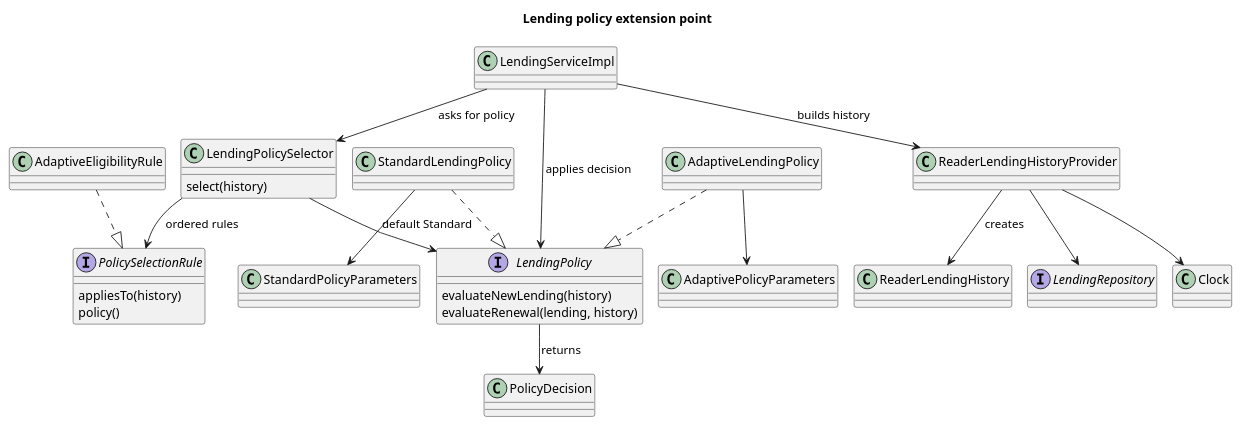
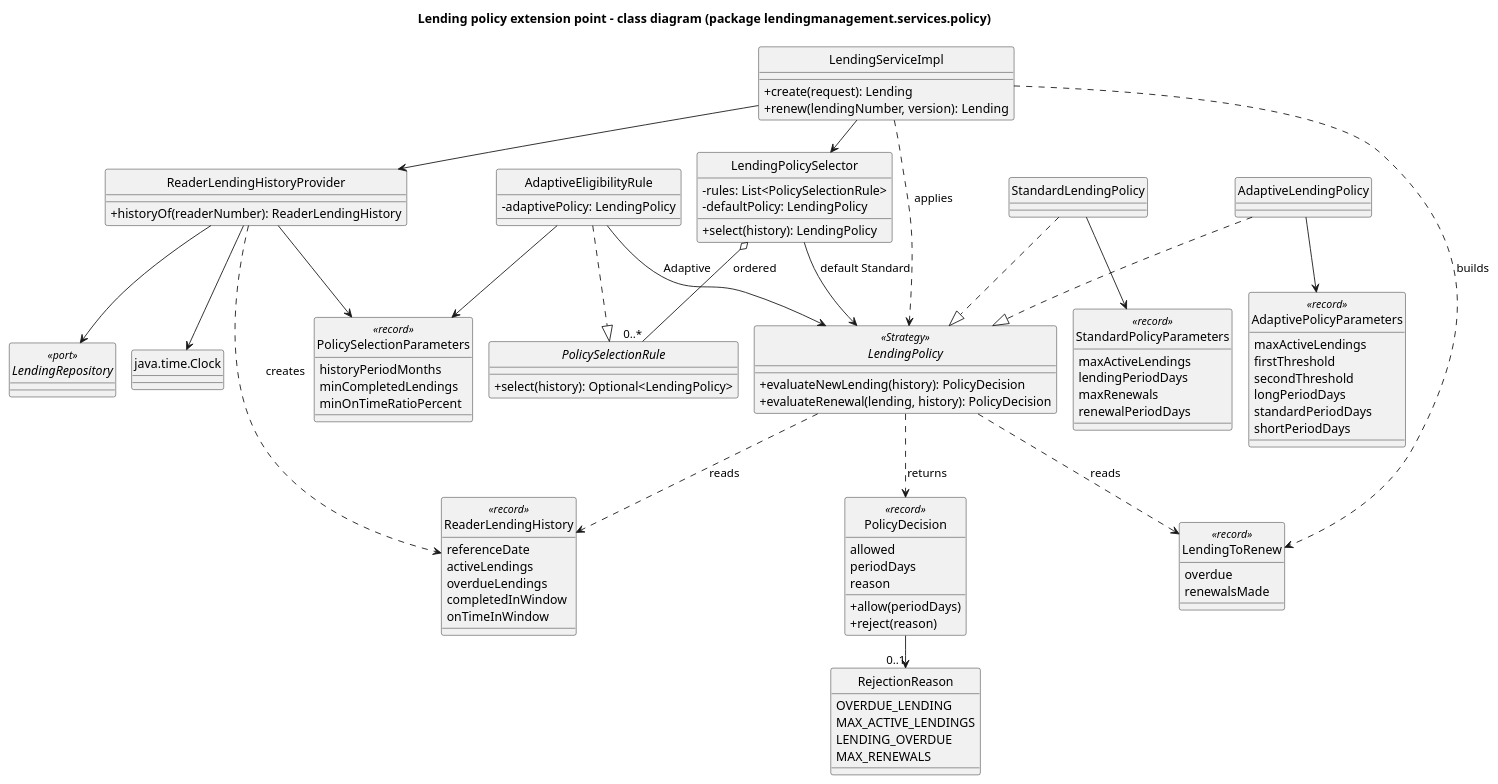
The diagram in Docs/DocsMasterDegree/system-to-be/Images/LendingPolicyStructure.puml (Max1124/ARQSOFT_ODSOFT_G6), drawn with PlantUML before and after one commit. The commit also changed 4 other files, not shown here.

Commit message:
docs(add): lending policy and module class diagrams

```diff
--- a/Docs/DocsMasterDegree/system-to-be/Images/LendingPolicyStructure.puml
+++ b/Docs/DocsMasterDegree/system-to-be/Images/LendingPolicyStructure.puml
@@ -1,42 +1,108 @@
 @startuml
 !pragma layout smetana
 skinparam shadowing false
 skinparam backgroundColor white
-title Lending policy extension point
-class LendingServiceImpl
-class LendingPolicySelector {
-  select(history)
+skinparam classAttributeIconSize 0
+hide circle
+title Lending policy extension point - class diagram (package lendingmanagement.services.policy)
+
+class LendingServiceImpl {
+  + create(request): Lending
+  + renew(lendingNumber, version): Lending
 }
-interface PolicySelectionRule {
-  appliesTo(history)
-  policy()
-}
-class AdaptiveEligibilityRule
-interface LendingPolicy {
-  evaluateNewLending(history)
-  evaluateRenewal(lending, history)
+
+interface LendingPolicy <<Strategy>> {
+  + evaluateNewLending(history): PolicyDecision
+  + evaluateRenewal(lending, history): PolicyDecision
 }
 class StandardLendingPolicy
 class AdaptiveLendingPolicy
-class StandardPolicyParameters
-class AdaptivePolicyParameters
-class PolicyDecision
-class ReaderLendingHistory
-class ReaderLendingHistoryProvider
-interface LendingRepository
-class Clock
-LendingServiceImpl --> ReaderLendingHistoryProvider : builds history
-LendingServiceImpl --> LendingPolicySelector : asks for policy
-LendingServiceImpl --> LendingPolicy : applies decision
-LendingPolicySelector --> PolicySelectionRule : ordered rules
+
+class LendingPolicySelector {
+  - rules: List<PolicySelectionRule>
+  - defaultPolicy: LendingPolicy
+  + select(history): LendingPolicy
+}
+interface PolicySelectionRule {
+  + select(history): Optional<LendingPolicy>
+}
+class AdaptiveEligibilityRule {
+  - adaptivePolicy: LendingPolicy
+}
+
+class ReaderLendingHistoryProvider {
+  + historyOf(readerNumber): ReaderLendingHistory
+}
+interface LendingRepository <<port>>
+class "java.time.Clock" as Clock
+
+class ReaderLendingHistory <<record>> {
+  referenceDate
+  activeLendings
+  overdueLendings
+  completedInWindow
+  onTimeInWindow
+}
+class LendingToRenew <<record>> {
+  overdue
+  renewalsMade
+}
+class PolicyDecision <<record>> {
+  allowed
+  periodDays
+  reason
+  + allow(periodDays)
+  + reject(reason)
+}
+enum RejectionReason {
+  OVERDUE_LENDING
+  MAX_ACTIVE_LENDINGS
+  LENDING_OVERDUE
+  MAX_RENEWALS
+}
+
+class StandardPolicyParameters <<record>> {
+  maxActiveLendings
+  lendingPeriodDays
+  maxRenewals
+  renewalPeriodDays
+}
+class AdaptivePolicyParameters <<record>> {
+  maxActiveLendings
+  firstThreshold
+  secondThreshold
+  longPeriodDays
+  standardPeriodDays
+  shortPeriodDays
+}
+class PolicySelectionParameters <<record>> {
+  historyPeriodMonths
+  minCompletedLendings
+  minOnTimeRatioPercent
+}
+
+LendingServiceImpl --> ReaderLendingHistoryProvider
+LendingServiceImpl --> LendingPolicySelector
+LendingServiceImpl ..> LendingPolicy : applies
+LendingServiceImpl ..> LendingToRenew : builds
+
+LendingPolicySelector o-- "0..*" PolicySelectionRule : ordered
 LendingPolicySelector --> LendingPolicy : default Standard
 AdaptiveEligibilityRule ..|> PolicySelectionRule
+AdaptiveEligibilityRule --> LendingPolicy : Adaptive
+AdaptiveEligibilityRule --> PolicySelectionParameters
 StandardLendingPolicy ..|> LendingPolicy
 AdaptiveLendingPolicy ..|> LendingPolicy
 StandardLendingPolicy --> StandardPolicyParameters
 AdaptiveLendingPolicy --> AdaptivePolicyParameters
-LendingPolicy --> PolicyDecision : returns
+
+LendingPolicy ..> ReaderLendingHistory : reads
+LendingPolicy ..> LendingToRenew : reads
+LendingPolicy ..> PolicyDecision : returns
+PolicyDecision --> "0..1" RejectionReason
+
 ReaderLendingHistoryProvider --> LendingRepository
 ReaderLendingHistoryProvider --> Clock
-ReaderLendingHistoryProvider --> ReaderLendingHistory : creates
+ReaderLendingHistoryProvider --> PolicySelectionParameters
+ReaderLendingHistoryProvider ..> ReaderLendingHistory : creates
 @enduml
```
